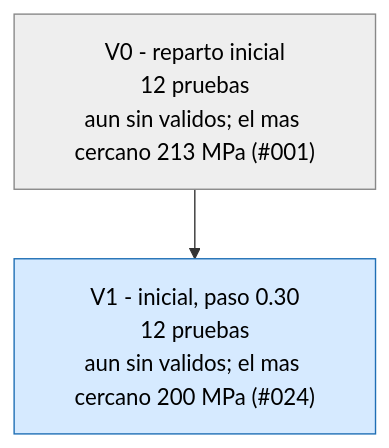
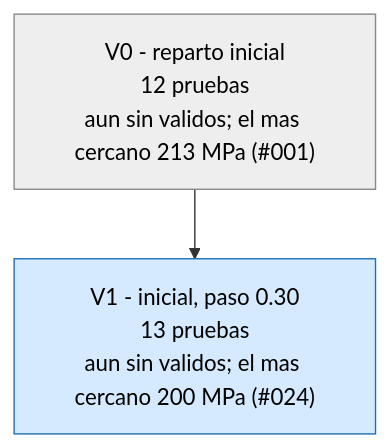
One commit to Hugiko/msd-soporte-optimizacion changed the first of 3 diagrams in runs/opt_37800N/ARBOL.md. Above: the diagram before and after it, drawn with Mermaid. The commit also changed 19 other files, not shown here.

````diff
--- a/runs/opt_37800N/ARBOL.md
+++ b/runs/opt_37800N/ARBOL.md
@@ -9,9 +9,9 @@
 ```mermaid
 graph TD
 classDef activa fill:#d6eaff,stroke:#1f6fb5,color:#000
 classDef fin fill:#eeeeee,stroke:#888,color:#000
 classDef mejor fill:#c8f0c0,stroke:#1a9850,stroke-width:4px,color:#000
 V0["V0 - reparto inicial<br/>12 pruebas<br/>aun sin validos; el mas cercano 213 MPa (#001)"]:::fin
-V1["V1 - inicial, paso 0.30<br/>12 pruebas<br/>aun sin validos; el mas cercano 200 MPa (#024)"]:::activa
+V1["V1 - inicial, paso 0.30<br/>13 pruebas<br/>aun sin validos; el mas cercano 200 MPa (#024)"]:::activa
 V0 --> V1
 ```
````
